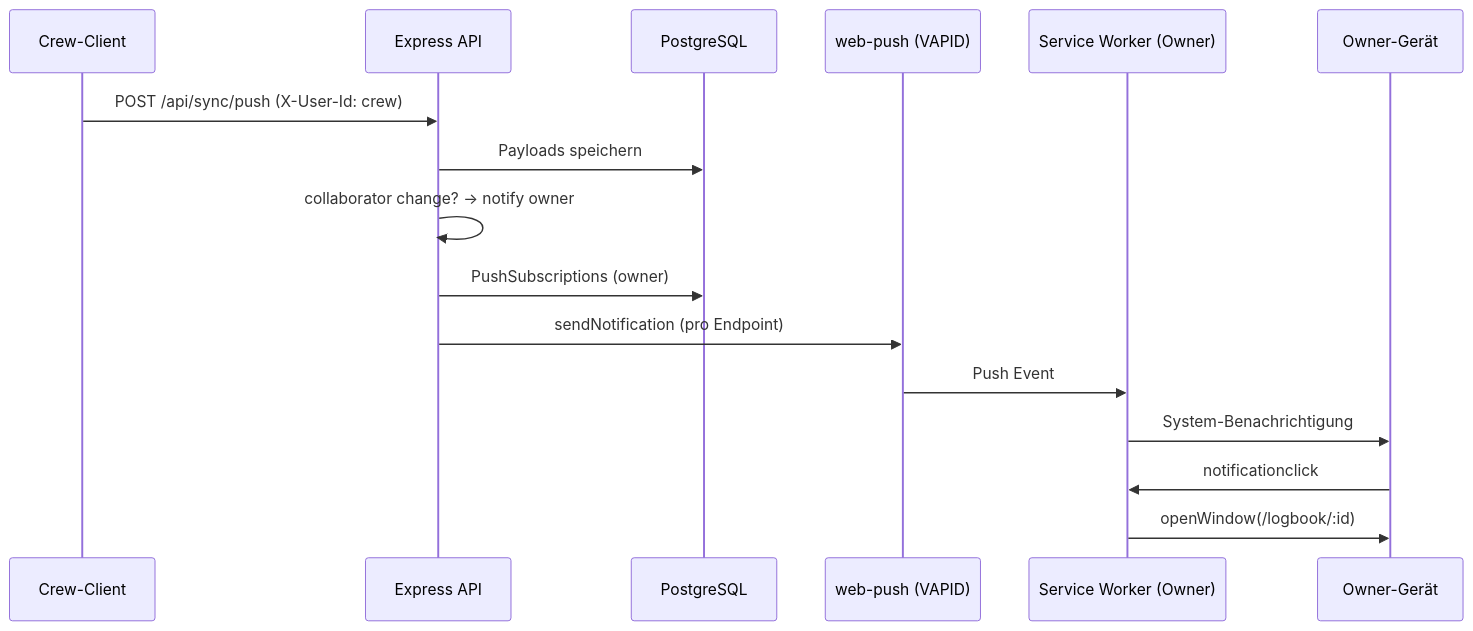
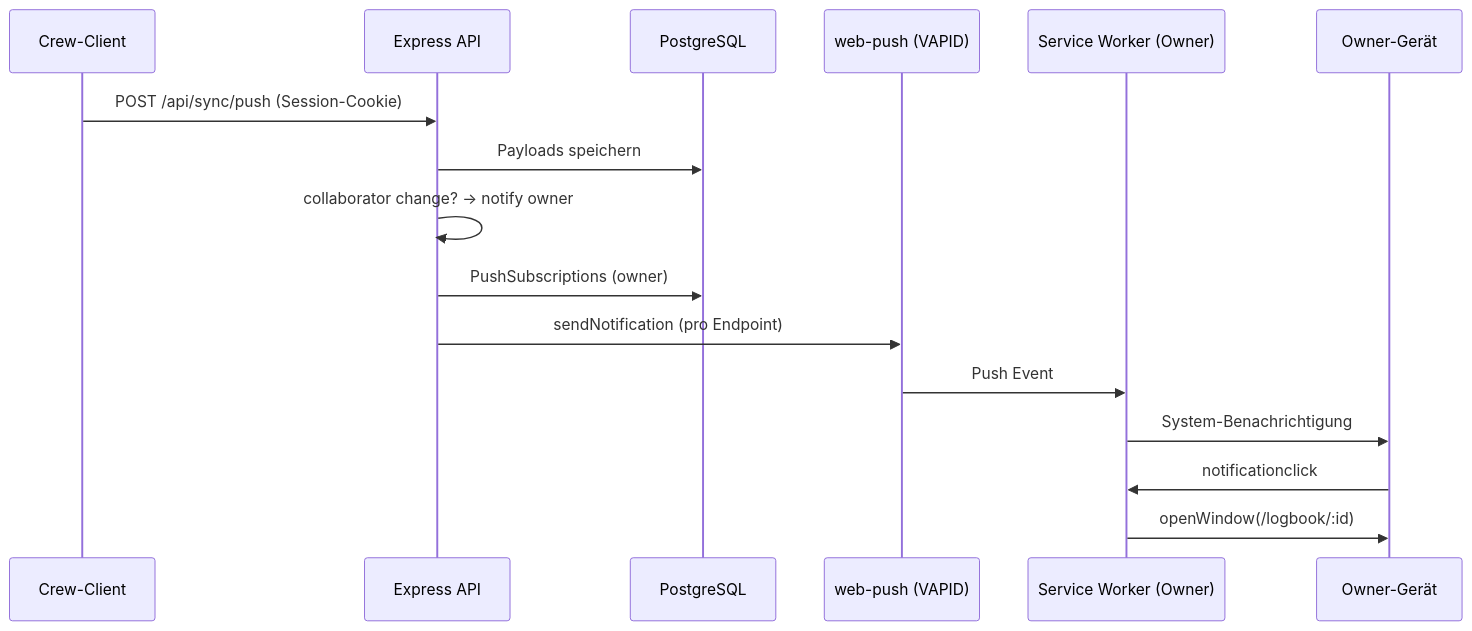
One commit to elpatron68/kapteins-daagbok changed the diagram in docs/push-notifications-plan.md. Above: the diagram before and after it, drawn with Mermaid. The commit also changed other lines of this file and 32 other files, not shown here.

First line of the commit message:
feat(security): Session-Cookies statt X-User-Id und API-Härtung

````diff
--- a/docs/push-notifications-plan.md
+++ b/docs/push-notifications-plan.md
@@ -42,19 +42,19 @@
 ```mermaid
 sequenceDiagram
   participant Crew as Crew-Client
   participant API as Express API
   participant DB as PostgreSQL
   participant Push as web-push (VAPID)
   participant SW as Service Worker (Owner)
   participant Owner as Owner-Gerät
 
-  Crew->>API: POST /api/sync/push (X-User-Id: crew)
+  Crew->>API: POST /api/sync/push (Session-Cookie)
   API->>DB: Payloads speichern
   API->>API: collaborator change? → notify owner
   API->>DB: PushSubscriptions (owner)
   API->>Push: sendNotification (pro Endpoint)
   Push->>SW: Push Event
   SW->>Owner: System-Benachrichtigung
   Owner->>SW: notificationclick
   SW->>Owner: openWindow(/logbook/:id)
 ```
````
